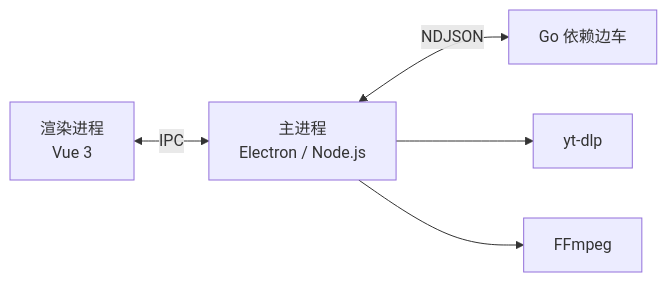
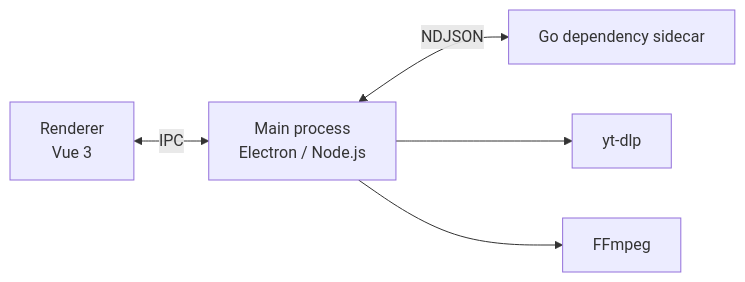
One commit to Downvid/downvid changed the diagram in README.md. Above: the diagram before and after it, drawn with Mermaid. The commit also changed other lines of this file and 3 other files, not shown here.

First line of the commit message:
docs: README 双语（英文为默认），加 Product Hunt 徽章，更新界面截图

````diff
--- a/README.md
+++ b/README.md
@@ -152,7 +171,7 @@
 ```mermaid
 flowchart LR
-    UI["渲染进程<br/>Vue 3"] <-->|"IPC"| Main["主进程<br/>Electron / Node.js"]
-    Main <-->|"NDJSON"| Sidecar["Go 依赖边车"]
+    UI["Renderer<br/>Vue 3"] <-->|"IPC"| Main["Main process<br/>Electron / Node.js"]
+    Main <-->|"NDJSON"| Sidecar["Go dependency sidecar"]
     Main --> Engine["yt-dlp"]
     Main --> Media["FFmpeg"]
 ```
````
